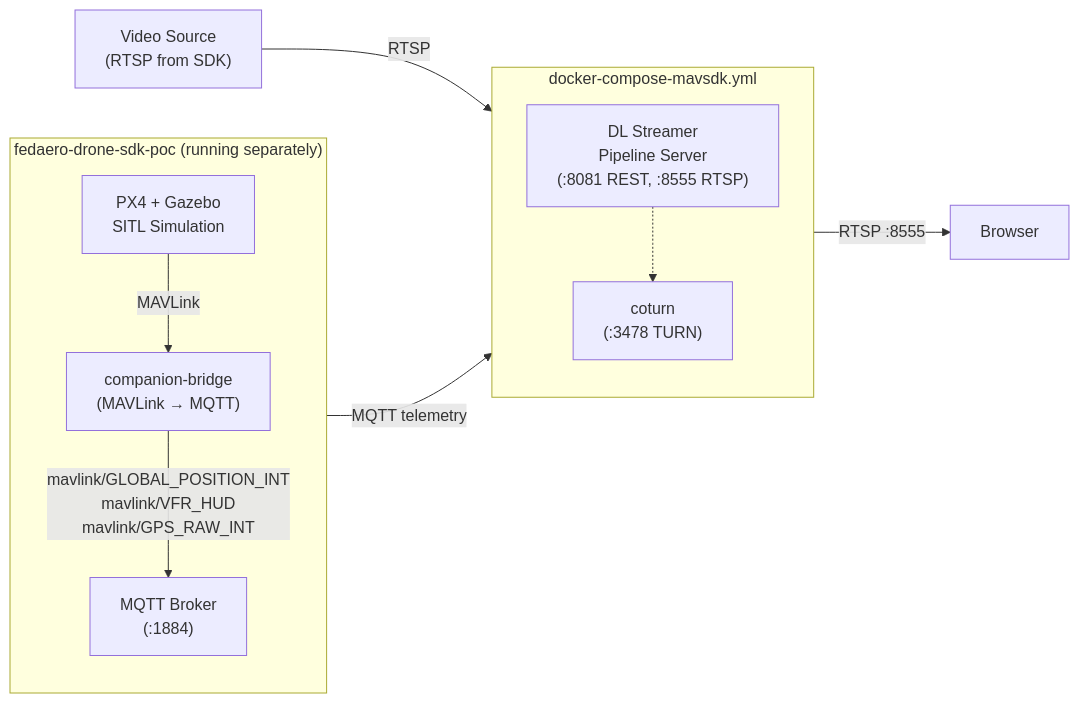
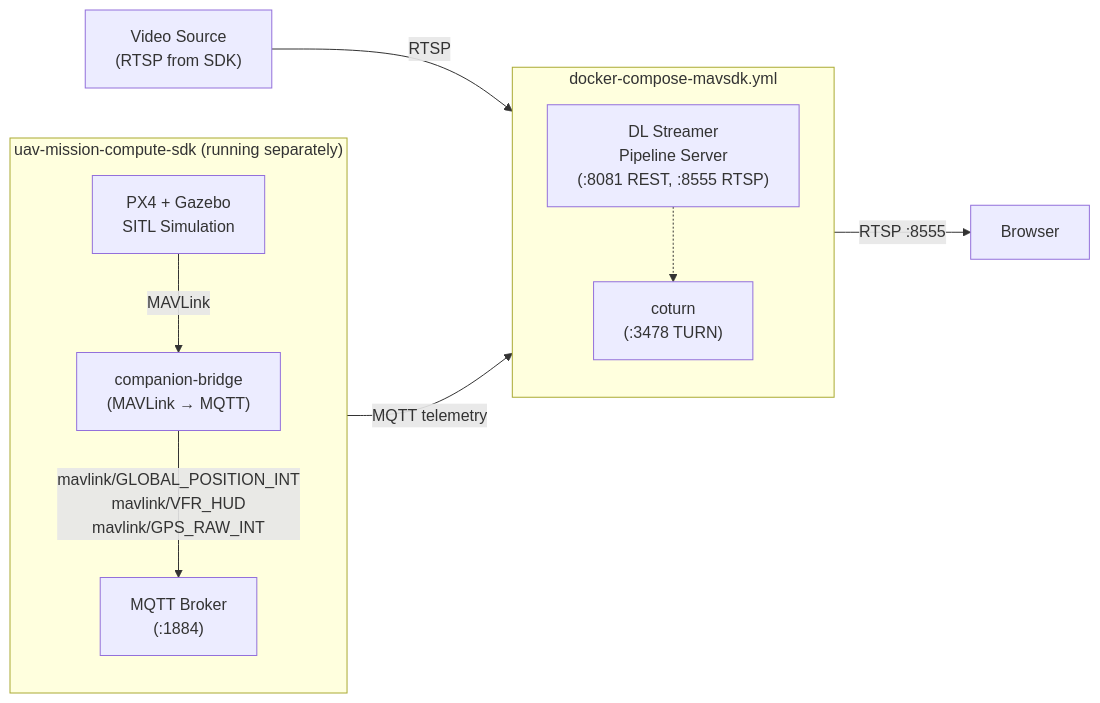
One commit to open-edge-platform/edge-ai-suites changed the third of 4 diagrams in federal-aerospace/docs/uav-vision-analytics/overview.md. Above: the diagram before and after it, drawn with Mermaid. The commit also changed other lines of this file, not shown here.

Commit message:
[FedAero] Update system diagrams

````diff
--- a/federal-aerospace/docs/uav-vision-analytics/overview.md
+++ b/federal-aerospace/docs/uav-vision-analytics/overview.md
@@ -65,23 +65,23 @@
 ```mermaid
 flowchart LR
-    subgraph External["fedaero-drone-sdk-poc (running separately)"]
+    subgraph External["uav-mission-compute-sdk (running separately)"]
         direction TB
         PX4_EXT["PX4 + Gazebo\nSITL Simulation"]
         BRIDGE["companion-bridge\n(MAVLink → MQTT)"]
         BROKER_EXT["MQTT Broker\n(:1884)"]
 
         PX4_EXT -->|"MAVLink"| BRIDGE
         BRIDGE -->|"mavlink/GLOBAL_POSITION_INT\nmavlink/VFR_HUD\nmavlink/GPS_RAW_INT"| BROKER_EXT
     end
 
     subgraph MAVSDK["docker-compose-mavsdk.yml"]
         direction TB
         DLSPS2["DL Streamer\nPipeline Server\n(:8081 REST, :8555 RTSP)"]
         TURN2["coturn\n(:3478 TURN)"]
         DLSPS2 -.-> TURN2
     end
 
     BROKER_EXT -->|"MQTT telemetry"| DLSPS2
     VIDEO2["Video Source\n(RTSP from SDK)"] -->|"RTSP"| DLSPS2
     DLSPS2 -->|"RTSP :8555"| CLIENT2["Browser"]
 ```
````
